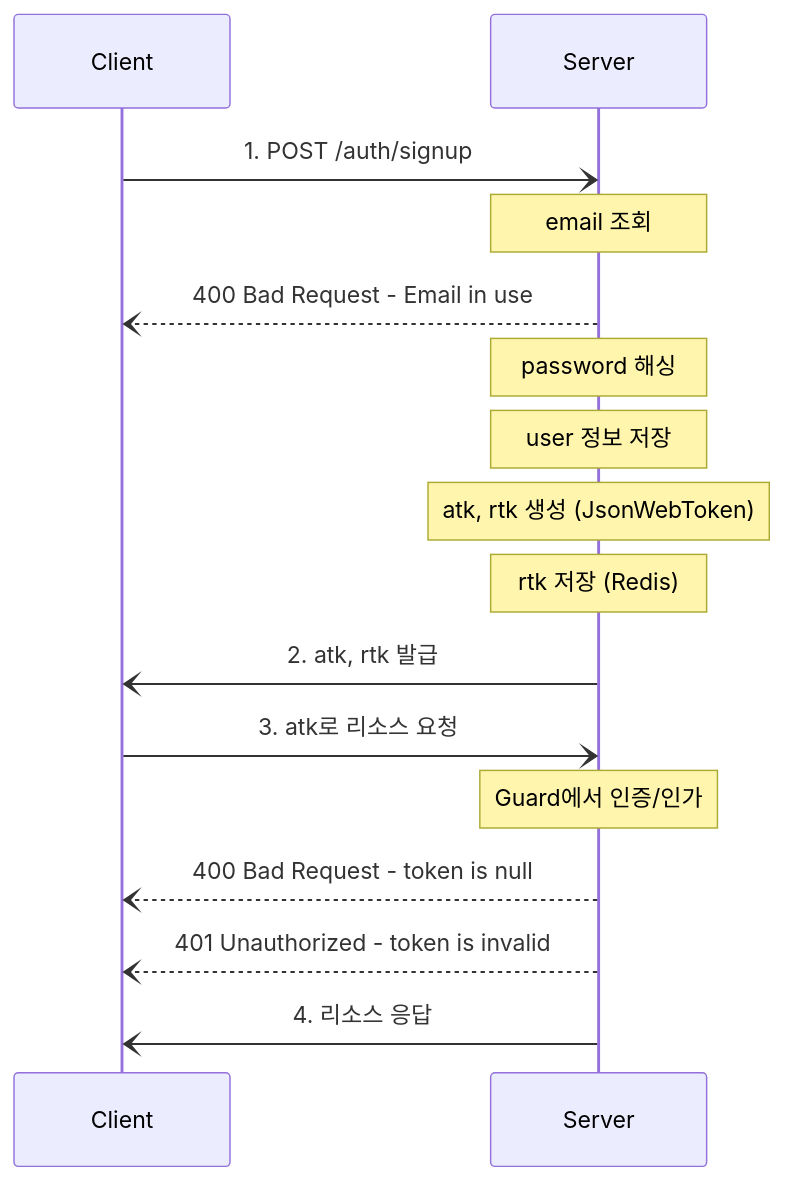
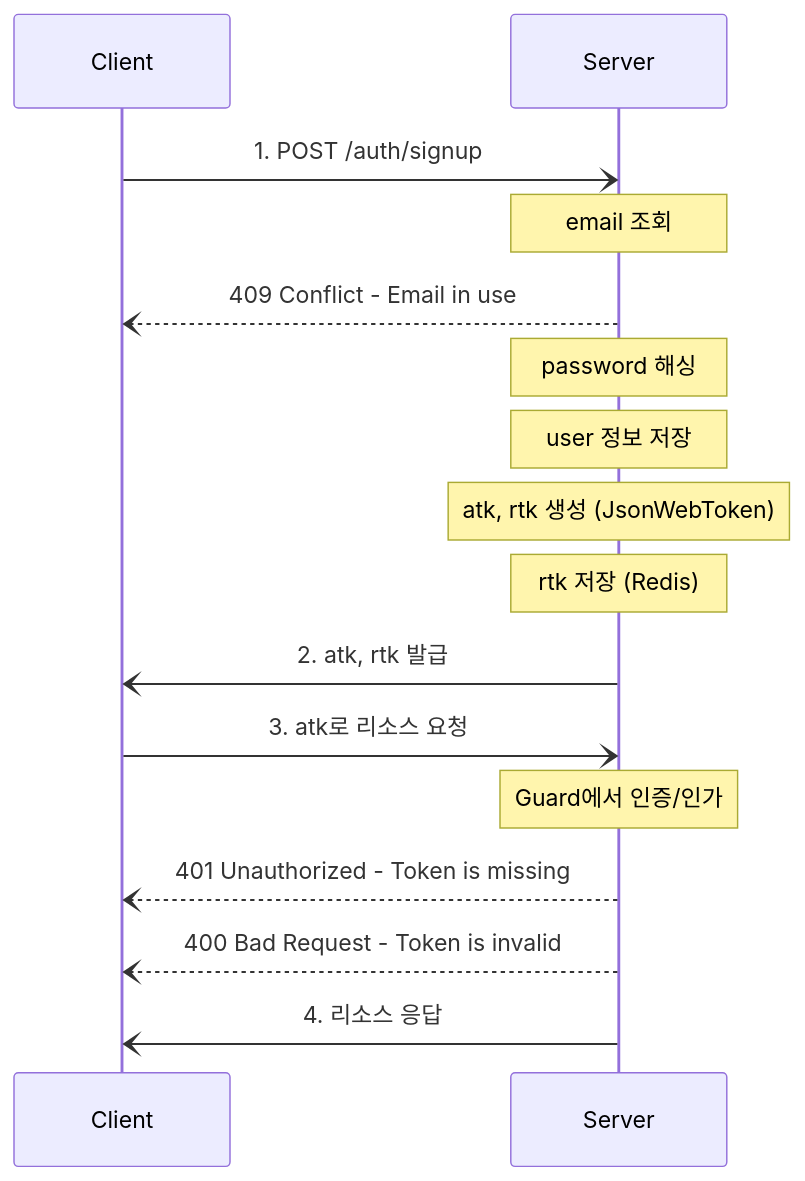
One commit to f-lab-edu/Bidders changed the first of 3 diagrams in README.md. Above: the diagram before and after it, drawn with Mermaid. The commit also changed other lines of this file and 18 other files, not shown here.

````diff
--- a/README.md
+++ b/README.md
@@ -64,17 +64,17 @@
 ```mermaid
 sequenceDiagram
 
 Client-)Server: 1. POST /auth/signup
 Note over Server: email 조회
-Server--)Client: 400 Bad Request - Email in use
+Server--)Client: 409 Conflict - Email in use
 Note over Server: password 해싱
 Note over Server: user 정보 저장
 Note over Server: atk, rtk 생성 (JsonWebToken)
 Note over Server: rtk 저장 (Redis)
 Server-)Client: 2. atk, rtk 발급
 Client-)Server: 3. atk로 리소스 요청
 Note over Server: Guard에서 인증/인가
-Server--)Client: 400 Bad Request - token is null
-Server--)Client: 401 Unauthorized - token is invalid
+Server--)Client: 401 Unauthorized - Token is missing
+Server--)Client: 400 Bad Request - Token is invalid
 Server-)Client: 4. 리소스 응답
 ```
````
